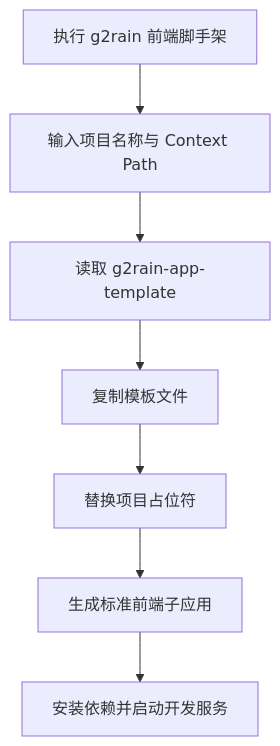
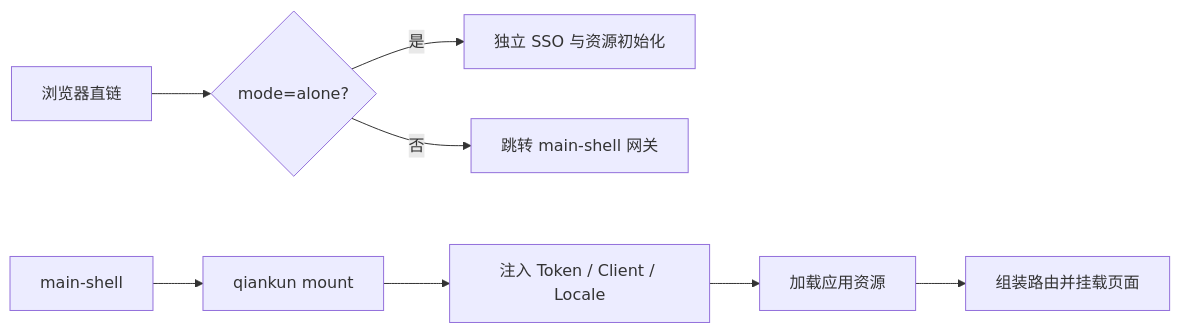
Before and after one commit to g2rain/g2rain-app-template: the diagram in README.md, drawn with Mermaid. The commit also changed other lines of this file and 28 other files, not shown here.

````diff
--- a/README.md
+++ b/README.md
@@ -93,9 +106,10 @@
 ```mermaid
-flowchart TD
-  A[执行 g2rain 前端脚手架] --> B[输入项目名称与 Context Path]
-  B --> C[读取 g2rain-app-template]
-  C --> D[复制模板文件]
-  D --> E[替换项目占位符]
-  E --> F[生成标准前端子应用]
-  F --> G[安装依赖并启动开发服务]
+flowchart LR
+  Direct[浏览器直链] --> Mode{mode=alone?}
+  Mode -->|是| SSO[独立 SSO 与资源初始化]
+  Mode -->|否| Redirect[跳转 main-shell 网关]
+  Shell[main-shell] --> Qiankun[qiankun mount]
+  Qiankun --> Token[注入 Token / Client / Locale]
+  Token --> Resource[加载应用资源]
+  Resource --> Route[组装路由并挂载页面]
 ```
````
